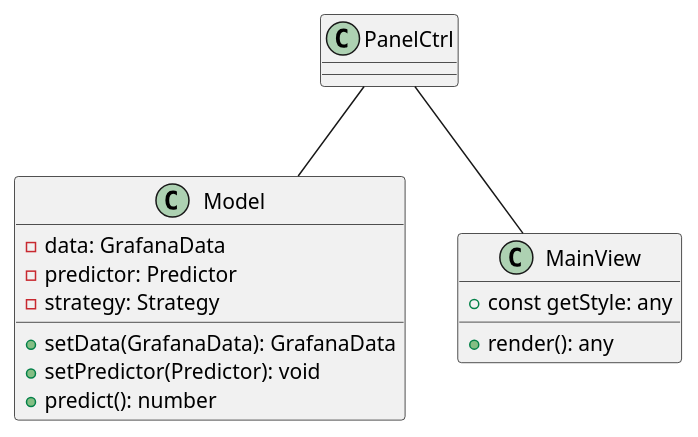
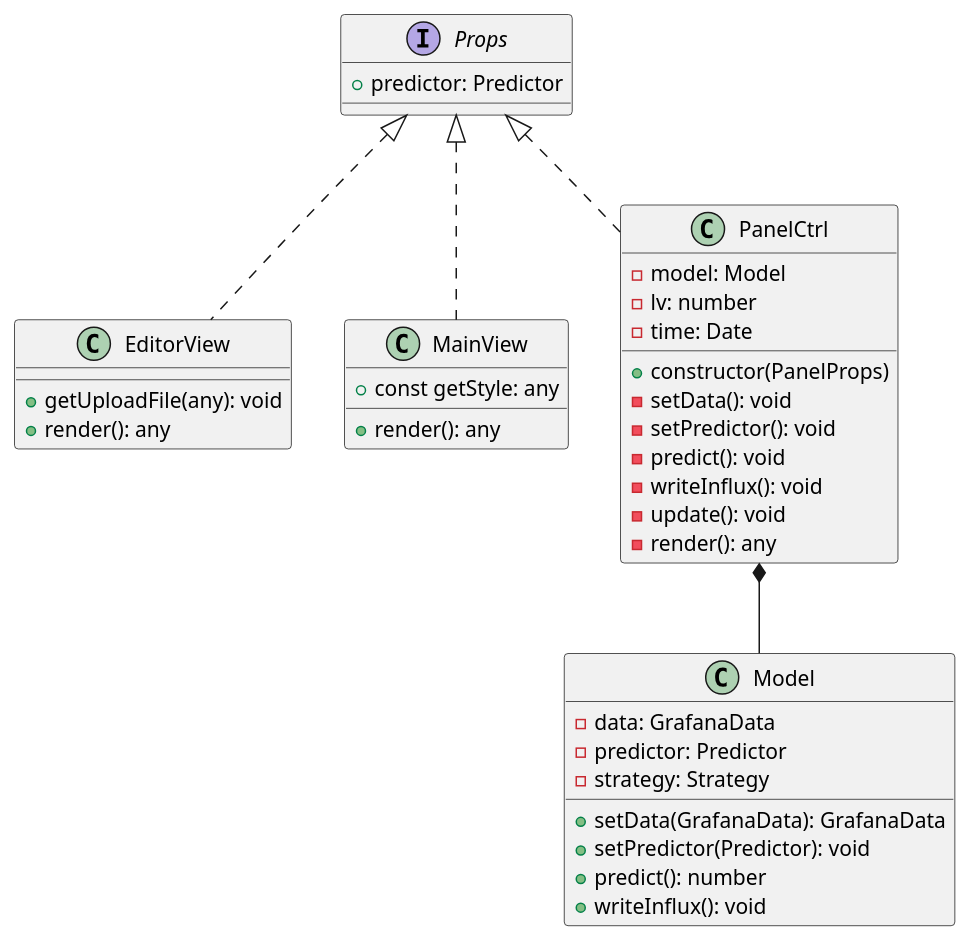
One commit to sofiabononi/project-docs changed the diagram in esterni/diagrammi/diagrammi-grafana-plugin/src/mvcplugin.plantuml. Above: the diagram before and after it, drawn with PlantUML. The commit also changed 10 other files, not shown here.

Commit message:
docs: correggi diagrammi plugin

```diff
--- a/esterni/diagrammi/diagrammi-grafana-plugin/src/mvcplugin.plantuml
+++ b/esterni/diagrammi/diagrammi-grafana-plugin/src/mvcplugin.plantuml
@@ -1,27 +1,49 @@
 @startuml GrafanaClasses
 
 
 class Model{
     - data: GrafanaData
     - predictor: Predictor 
     - strategy: Strategy
     + setData(GrafanaData): GrafanaData
     + setPredictor(Predictor): void
     + predict(): number
+    + writeInflux(): void
 
 }
 
 
+class EditorView implements Props{
+    + getUploadFile(any): void
+    + render(): any
+}
 
-class MainView{
+
+interface Props{
+    + predictor: Predictor
+
+}
+class MainView implements Props {
     + render(): any
     + const getStyle: any
 }
 
+class PanelCtrl implements Props {
+    - model: Model
+    - lv: number
+    - time: Date
+    + constructor(PanelProps)
+    - setData(): void
+    - setPredictor(): void
+    - predict(): void
+    - writeInflux(): void
+    - update(): void
+    - render(): any
 
+}
 
-PanelCtrl--Model
-PanelCtrl--MainView
+PanelCtrl*--Model
+
 
 
 @enduml
```
